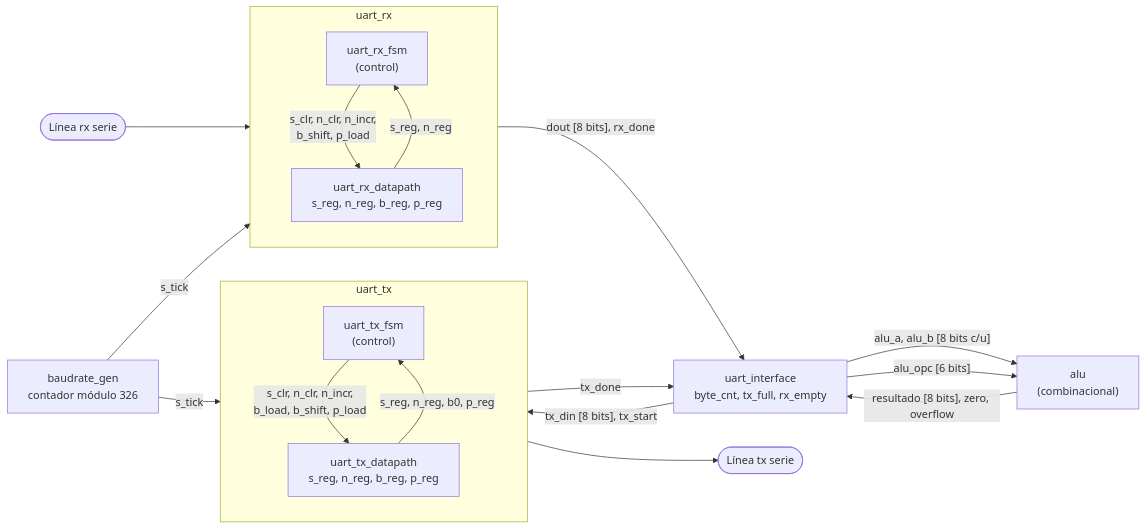
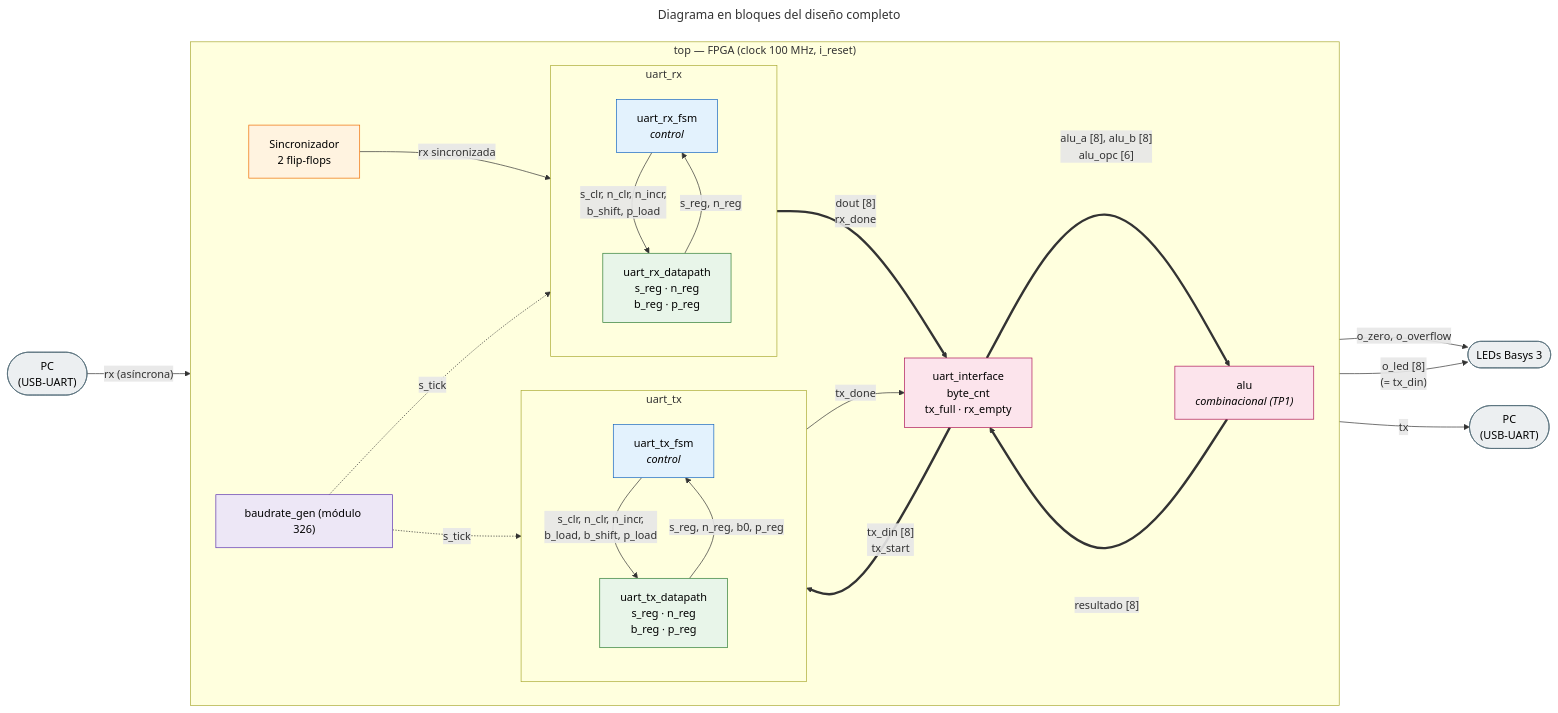
Before and after one commit to nicopinera/tps-arqui: the third of 8 diagrams in TP2/README.md, drawn with Mermaid. The commit also changed other lines of this file and 1 other file, not shown here.

````diff
--- a/TP2/README.md
+++ b/TP2/README.md
@@ -166,37 +142,64 @@
 ```mermaid
+---
+title:  Diagrama en bloques del diseño completo
+---
 flowchart LR
-    RXLINE([Línea rx serie]) --> RX
+    PCIN(["PC<br/>(USB-UART)"])
+    PCOUT(["PC<br/>(USB-UART)"])
+    LEDS(["LEDs Basys 3"])
 
-    BAUD["baudrate_gen<br/>contador módulo 326"]
+    subgraph TOP["top — FPGA (clock 100 MHz, i_reset)"]
+        direction LR
 
-    subgraph RX["uart_rx"]
-        direction TB
-        RXFSM["uart_rx_fsm<br/>(control)"]
-        RXDP["uart_rx_datapath<br/>s_reg, n_reg, b_reg, p_reg"]
-        RXFSM -- "s_clr, n_clr, n_incr,<br/>b_shift, p_load" --> RXDP
-        RXDP -- "s_reg, n_reg" --> RXFSM
+        SYNC["Sincronizador<br/>2 flip-flops"]
+        BAUD["baudrate_gen (módulo 326)"]
+
+        subgraph RX["uart_rx"]
+            direction TB
+            RXFSM["uart_rx_fsm<br/><i>control</i>"]
+            RXDP["uart_rx_datapath<br/>s_reg · n_reg<br/>b_reg · p_reg"]
+            RXFSM -- "s_clr, n_clr, n_incr,<br/>b_shift, p_load" --> RXDP
+            RXDP -- "s_reg, n_reg" --> RXFSM
+        end
+
+        INTF["uart_interface<br/>byte_cnt<br/>tx_full · rx_empty"]
+        ALU["alu<br/><i>combinacional (TP1)</i>"]
+
+        subgraph TX["uart_tx"]
+            direction TB
+            TXFSM["uart_tx_fsm<br/><i>control</i>"]
+            TXDP["uart_tx_datapath<br/>s_reg · n_reg<br/>b_reg · p_reg"]
+            TXFSM -- "s_clr, n_clr, n_incr,<br/>b_load, b_shift, p_load" --> TXDP
+            TXDP -- "s_reg, n_reg, b0, p_reg" --> TXFSM
+        end
+
+        SYNC -- "rx sincronizada" --> RX
+        BAUD -. "s_tick" .-> RX
+        BAUD -. "s_tick" .-> TX
+
+        RX == "dout [8]<br/>rx_done" ==> INTF
+        INTF == "alu_a [8], alu_b [8]<br/>alu_opc [6]" ==> ALU
+        ALU == "resultado [8]" ==> INTF
+        INTF == "tx_din [8]<br/>tx_start" ==> TX
+        TX -- "tx_done" --> INTF
     end
 
-    subgraph TX["uart_tx"]
-        direction TB
-        TXFSM["uart_tx_fsm<br/>(control)"]
-        TXDP["uart_tx_datapath<br/>s_reg, n_reg, b_reg, p_reg"]
-        TXFSM -- "s_clr, n_clr, n_incr,<br/>b_load, b_shift, p_load" --> TXDP
-        TXDP -- "s_reg, n_reg, b0, p_reg" --> TXFSM
-    end
+    PCIN -- "rx (asíncrona)" --> SYNC
+    TX -- "tx" --> PCOUT
+    ALU -- "o_zero, o_overflow" --> LEDS
+    INTF -- "o_led [8]<br/>(= tx_din)" --> LEDS
 
-    INTF["uart_interface<br/>byte_cnt, tx_full, rx_empty"]
-    ALU["alu<br/>(combinacional)"]
+    classDef ext fill:#eceff1,stroke:#546e7a,color:#000
+    classDef sync fill:#fff3e0,stroke:#ef6c00,color:#000
+    classDef timing fill:#ede7f6,stroke:#5e35b1,color:#000
+    classDef ctrl fill:#e3f2fd,stroke:#1565c0,color:#000
+    classDef data fill:#e8f5e9,stroke:#2e7d32,color:#000
+    classDef core fill:#fce4ec,stroke:#ad1457,color:#000
 
-    BAUD -- s_tick --> RX
-    BAUD -- s_tick --> TX
-
-    RX -- "dout [8 bits], rx_done" --> INTF
-    INTF -- "alu_a, alu_b [8 bits c/u]" --> ALU
-    INTF -- "alu_opc [6 bits]" --> ALU
-    ALU -- "resultado [8 bits], zero, overflow" --> INTF
-    INTF -- "tx_din [8 bits], tx_start" --> TX
-    TX -- tx_done --> INTF
-
-    TX --> TXLINE([Línea tx serie])
+    class PCIN,PCOUT,LEDS ext
+    class SYNC sync
+    class BAUD timing
+    class RXFSM,TXFSM ctrl
+    class RXDP,TXDP data
+    class INTF,ALU core
 ```
````
